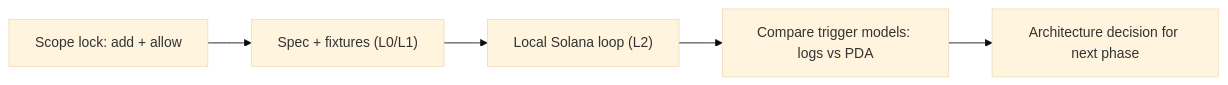
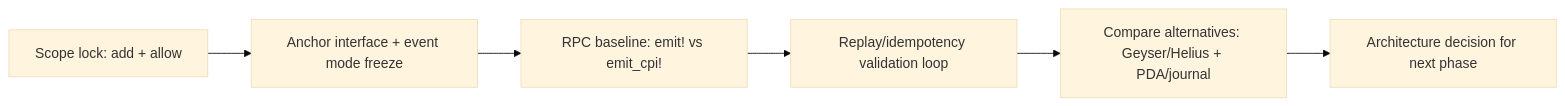
One commit to zama-ai/fhevm changed the first of 2 diagrams in docs/protocol/explorations/solana-host-listener/PLAN.md. Above: the diagram before and after it, drawn with Mermaid (base theme). The commit also changed other lines of this file and 29 other files, not shown here.

````diff
--- a/docs/protocol/explorations/solana-host-listener/PLAN.md
+++ b/docs/protocol/explorations/solana-host-listener/PLAN.md
@@ -14,7 +14,8 @@
 ```mermaid
 flowchart LR
-  A["Scope lock: add + allow"] --> B["Spec + fixtures (L0/L1)"]
-  B --> C["Local Solana loop (L2)"]
-  C --> D["Compare trigger models: logs vs PDA"]
-  D --> E["Architecture decision for next phase"]
+  A["Scope lock: add + allow"] --> B["Anchor interface + event mode freeze"]
+  B --> C["RPC baseline: emit! vs emit_cpi!"]
+  C --> D["Replay/idempotency validation loop"]
+  D --> E["Compare alternatives: Geyser/Helius + PDA/journal"]
+  E --> F["Architecture decision for next phase"]
 ```
````
